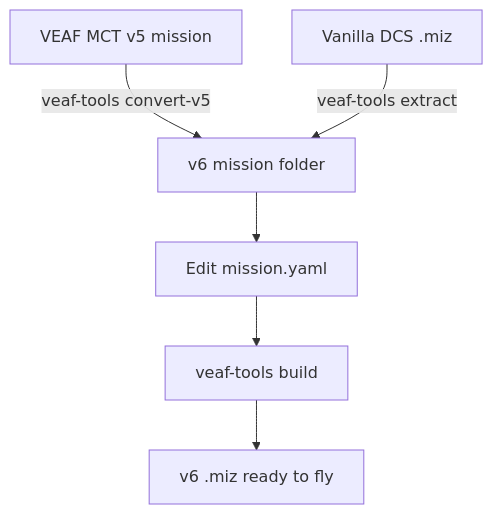
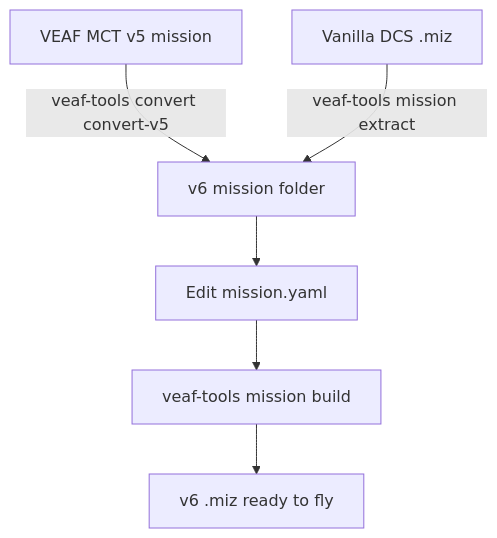
The diagram in doc/mission-maker/MIGRATION_GUIDE.en.md (VEAF/VEAF-Mission-Creation-Tools), drawn with Mermaid before and after one commit. The commit also changed other lines of this file and 59 other files, not shown here.

````diff
--- a/doc/mission-maker/MIGRATION_GUIDE.en.md
+++ b/doc/mission-maker/MIGRATION_GUIDE.en.md
@@ -11,8 +11,8 @@
 ```mermaid
 flowchart TD
-    V5[VEAF MCT v5 mission] -->|veaf-tools convert-v5| FOLDER[v6 mission folder]
-    VAN[Vanilla DCS .miz] -->|veaf-tools extract| FOLDER
+    V5[VEAF MCT v5 mission] -->|veaf-tools convert convert-v5| FOLDER[v6 mission folder]
+    VAN[Vanilla DCS .miz] -->|veaf-tools mission extract| FOLDER
     FOLDER --> CFG[Edit mission.yaml]
-    CFG --> BUILD[veaf-tools build]
+    CFG --> BUILD[veaf-tools mission build]
     BUILD --> MIZ[v6 .miz ready to fly]
 ```
````
